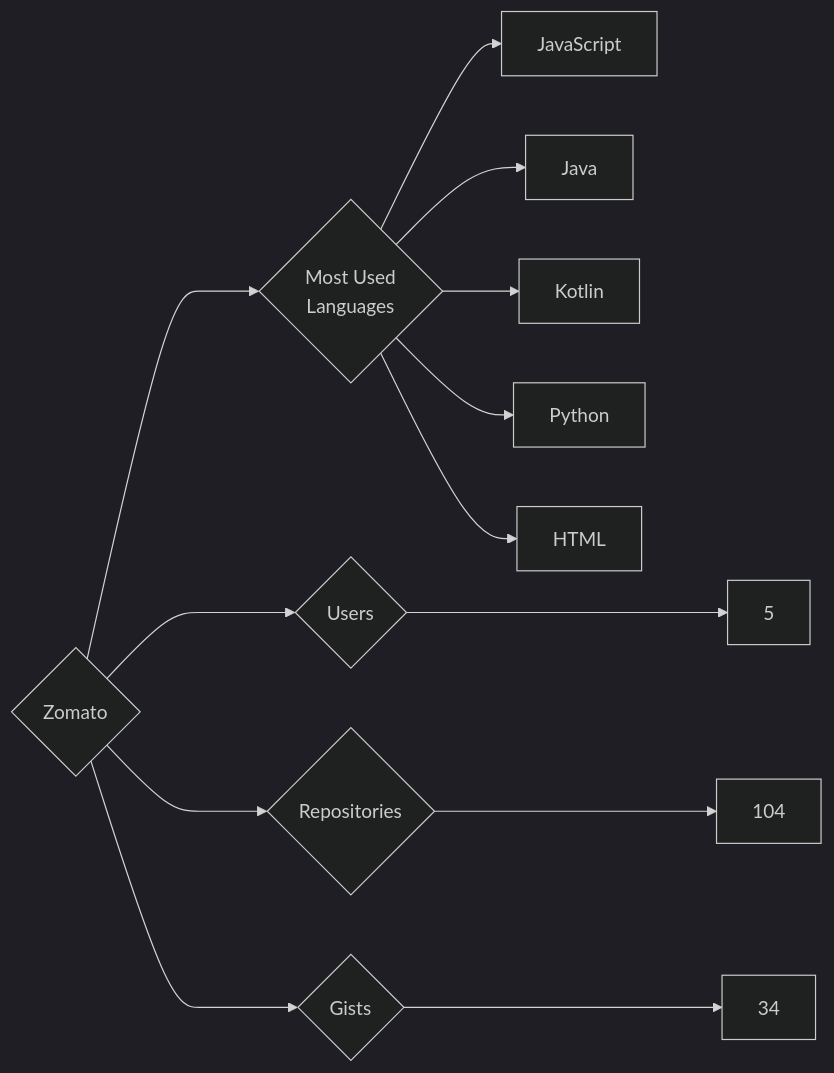
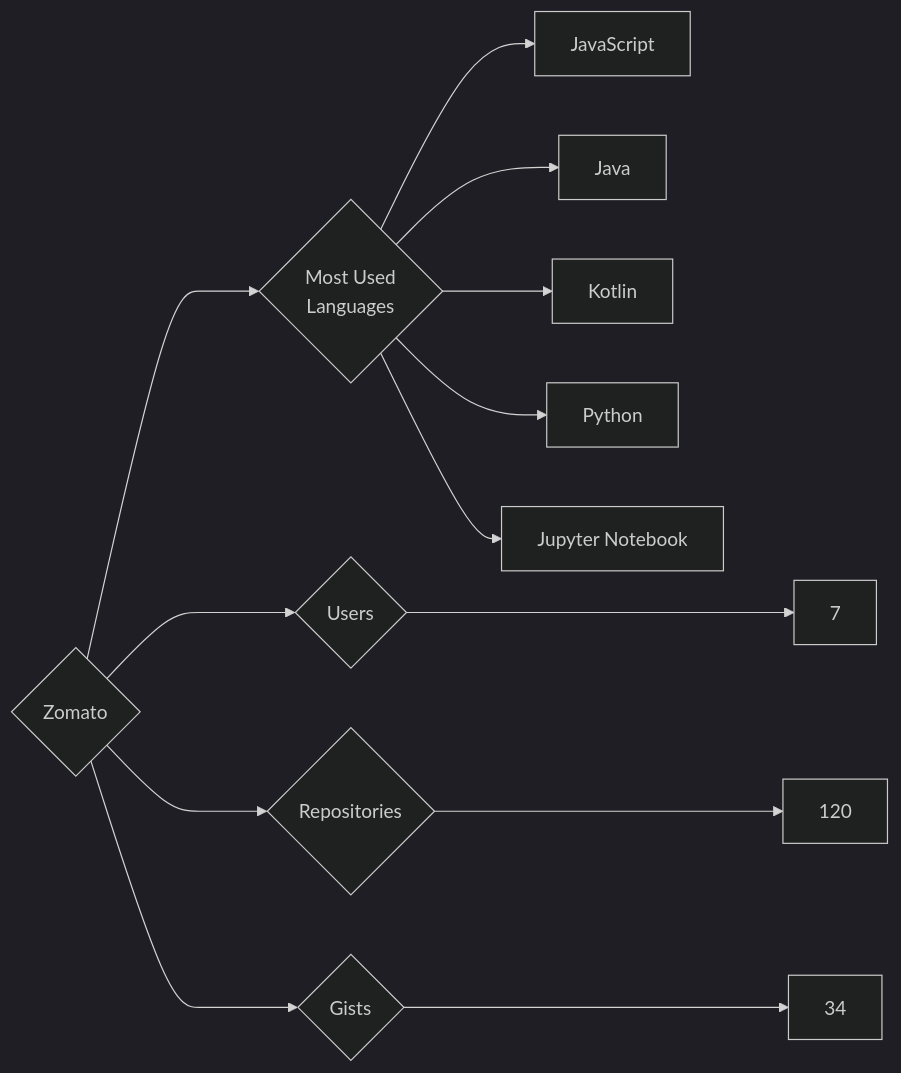
Before and after one commit to trickest/insiders: the diagram in targets/Zomato/README.md, drawn with Mermaid (dark theme). The commit also changed 677 other files, not shown here.

````diff
--- a/targets/Zomato/README.md
+++ b/targets/Zomato/README.md
@@ -3,13 +3,13 @@
 ```mermaid
 graph LR
 COMPANY_NAME{Zomato}
-COMPANY_NAME ---> U{Users} ---> UN[5]
-COMPANY_NAME ---> R{Repositories} ---> RN[104]
+COMPANY_NAME ---> U{Users} ---> UN[7]
+COMPANY_NAME ---> R{Repositories} ---> RN[120]
 COMPANY_NAME ---> G{Gists} ---> GN[34]
 COMPANY_NAME ---> ML{Most Used<br>Languages}
 ML --> JavaScript[JavaScript]
 ML --> Java[Java]
 ML --> Kotlin[Kotlin]
 ML --> Python[Python]
-ML --> HTML[HTML]
+ML --> Jupyter_Notebook[Jupyter Notebook]
 ```
````
